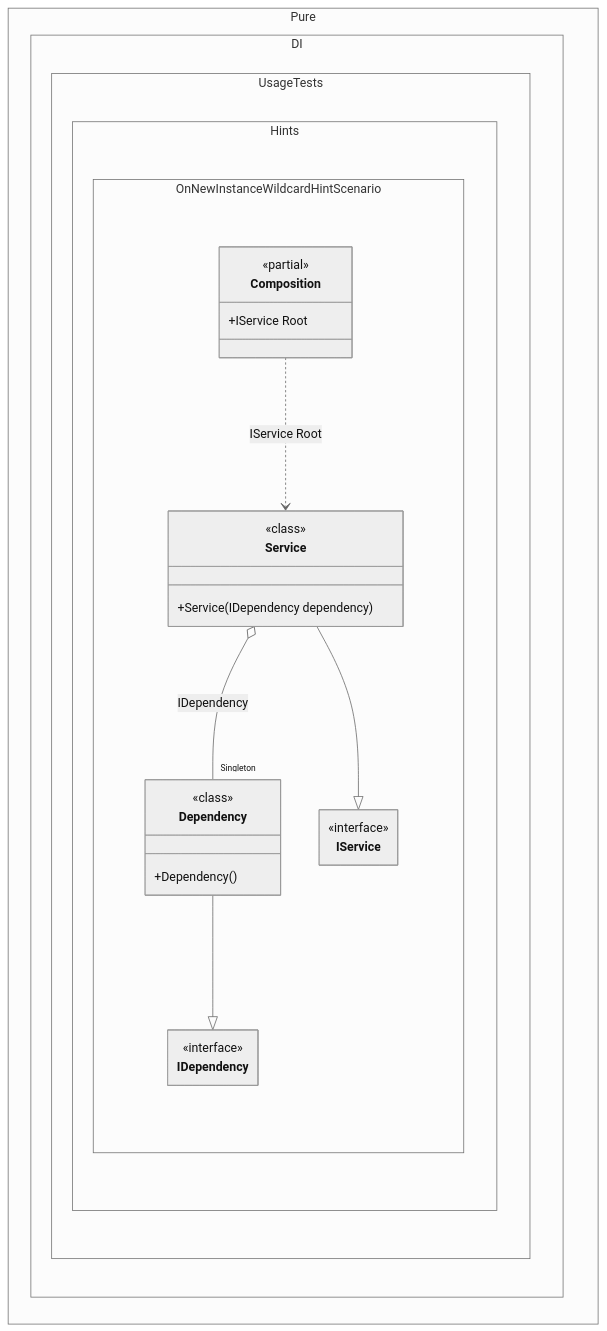
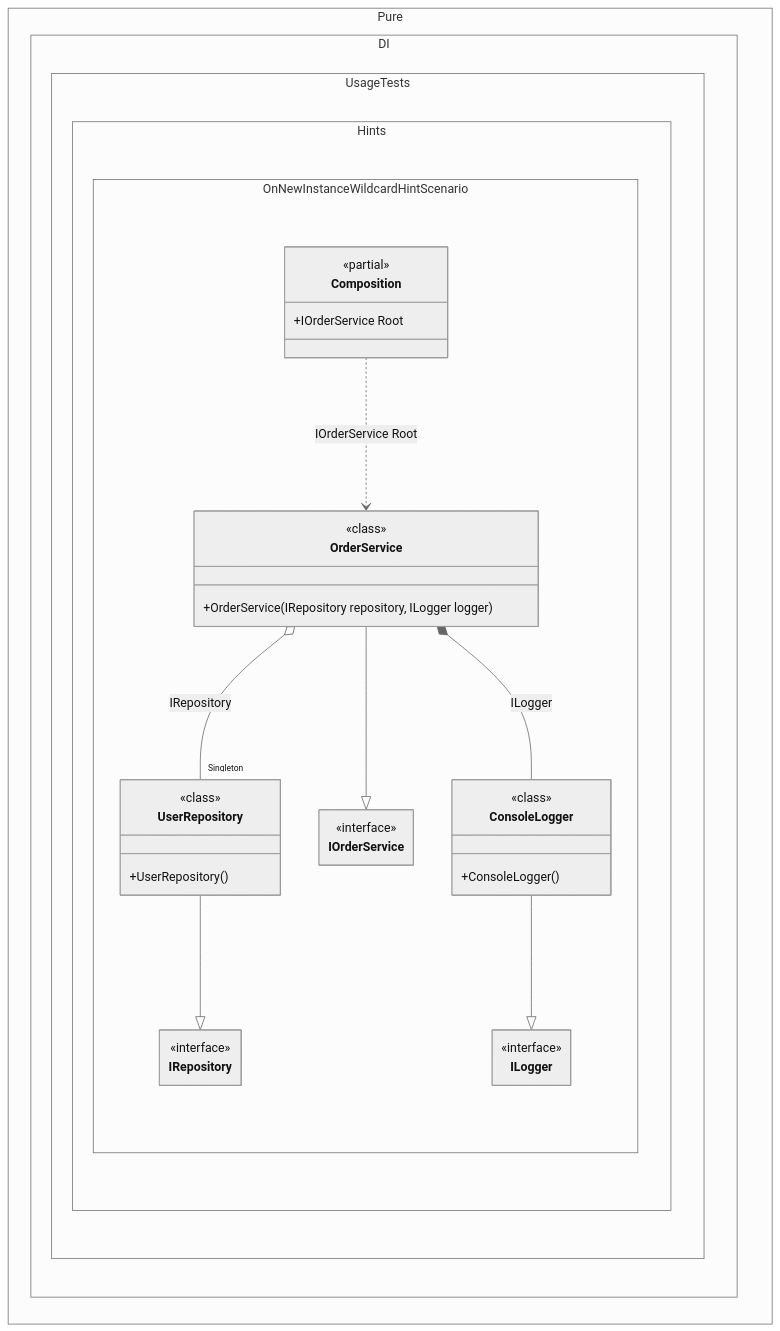
Before and after one commit to DevTeam/Pure.DI: the diagram in readme/onnewinstance-wildcard-hint.md, drawn with Mermaid (neutral theme). The commit also changed other lines of this file and 126 other files, not shown here.

````diff
--- a/readme/onnewinstance-wildcard-hint.md
+++ b/readme/onnewinstance-wildcard-hint.md
@@ -154,34 +171,43 @@
 ```mermaid
 ---
  config:
   maxTextSize: 2147483647
   maxEdges: 2147483647
   class:
    hideEmptyMembersBox: true
 ---
 classDiagram
-	Dependency --|> IDependency
-	Service --|> IService
-	Composition ..> Service : IService Root
-	Service o-- "Singleton" Dependency : IDependency
+	UserRepository --|> IRepository
+	OrderService --|> IOrderService
+	ConsoleLogger --|> ILogger
+	Composition ..> OrderService : IOrderService Root
+	OrderService o-- "Singleton" UserRepository : IRepository
+	OrderService *--  ConsoleLogger : ILogger
 	namespace Pure.DI.UsageTests.Hints.OnNewInstanceWildcardHintScenario {
 		class Composition {
 		<<partial>>
-		+IService Root
+		+IOrderService Root
 		}
-		class Dependency {
+		class ConsoleLogger {
 				<<class>>
-			+Dependency()
+			+ConsoleLogger()
 		}
-		class IDependency {
+		class ILogger {
 			<<interface>>
 		}
-		class IService {
+		class IOrderService {
 			<<interface>>
 		}
-		class Service {
+		class IRepository {
+			<<interface>>
+		}
+		class OrderService {
 				<<class>>
-			+Service(IDependency dependency)
+			+OrderService(IRepository repository, ILogger logger)
+		}
+		class UserRepository {
+				<<class>>
+			+UserRepository()
 		}
 	}
 ```
````
